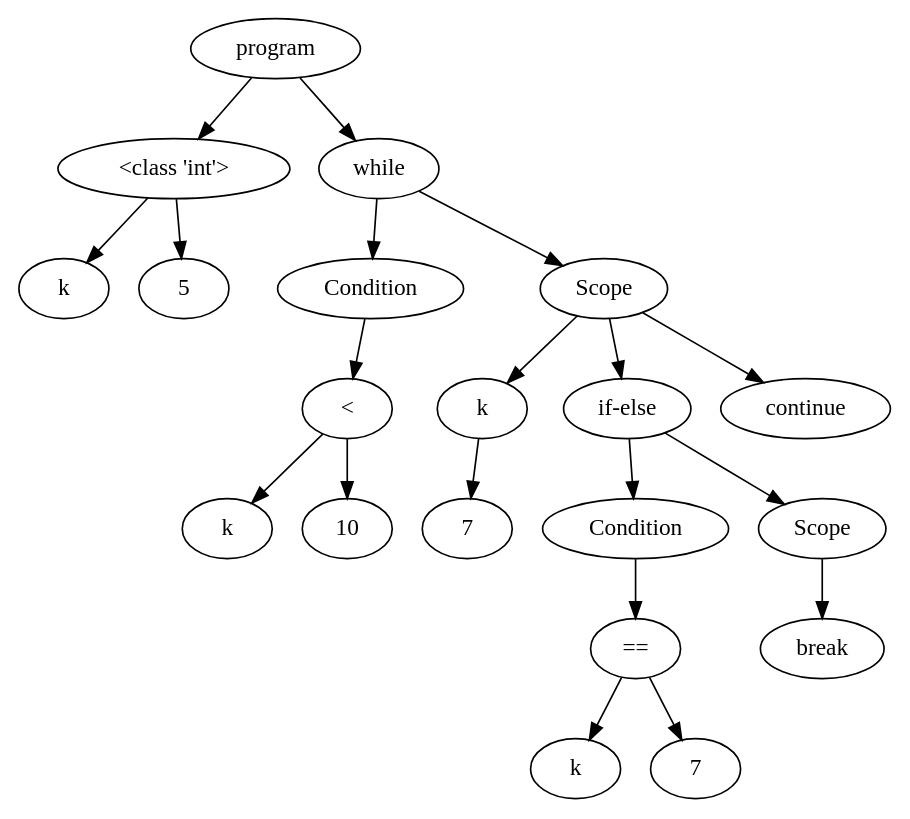
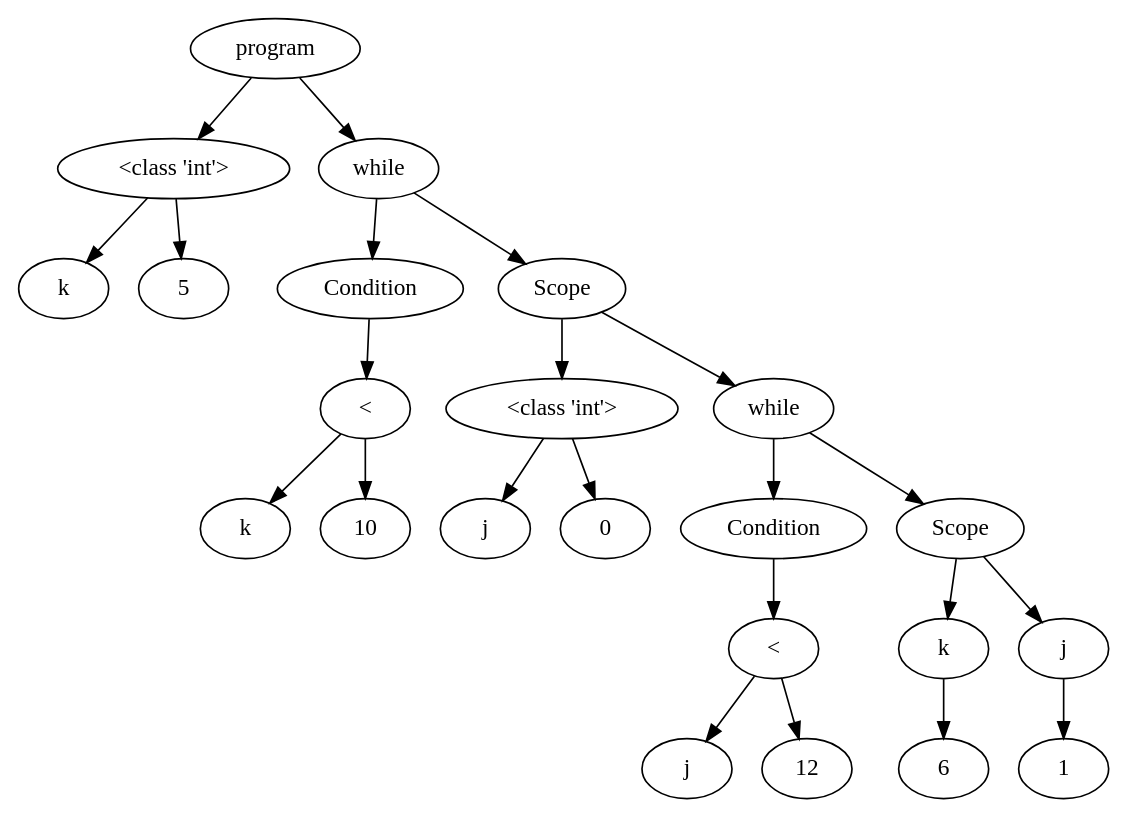
One commit to NielsVandenBroeck/COMP_Compiler changed the diagram in OutputFiles/dotVisualization.dot. Above: the diagram before and after it, drawn with Graphviz. The commit also changed 2 other files, not shown here.

```diff
--- a/OutputFiles/dotVisualization.dot
+++ b/OutputFiles/dotVisualization.dot
@@ -1,51 +1,59 @@
 digraph G { 
-"<AST.AST object at 0x0000025498C12F10> (0)"[label="program"]
-"<AST.ASTDataType object at 0x0000025498C12E50> (1)"[label="<class 'int'>"]
-"<AST.AST object at 0x0000025498C12F10> (0)"->"<AST.ASTDataType object at 0x0000025498C12E50> (1)"
-"<AST.ASTDataType object at 0x0000025498C12E50> (1)"[label="<class 'int'>"]
-"<AST.ASTVariable object at 0x0000025498C12E20> (2)"[label="k"]
-"<AST.ASTDataType object at 0x0000025498C12E50> (1)"->"<AST.ASTVariable object at 0x0000025498C12E20> (2)"
-"<AST.AST object at 0x0000025498C12C40> (2)"[label="5"]
-"<AST.ASTDataType object at 0x0000025498C12E50> (1)"->"<AST.AST object at 0x0000025498C12C40> (2)"
-"<AST.ASTWhile object at 0x0000025498C12B20> (1)"[label="while"]
-"<AST.AST object at 0x0000025498C12F10> (0)"->"<AST.ASTWhile object at 0x0000025498C12B20> (1)"
-"<AST.ASTWhile object at 0x0000025498C12B20> (1)"[label="while"]
-"<AST.ASTCondition object at 0x0000025498C12BE0> (2)"[label="Condition"]
-"<AST.ASTWhile object at 0x0000025498C12B20> (1)"->"<AST.ASTCondition object at 0x0000025498C12BE0> (2)"
-"<AST.ASTCondition object at 0x0000025498C12BE0> (2)"[label="Condition"]
-"<AST.ASTOperator object at 0x0000025498C12A30> (3)"[label="<"]
-"<AST.ASTCondition object at 0x0000025498C12BE0> (2)"->"<AST.ASTOperator object at 0x0000025498C12A30> (3)"
-"<AST.ASTOperator object at 0x0000025498C12A30> (3)"[label="<"]
-"<AST.ASTVariable object at 0x0000025498C12A90> (4)"[label="k"]
-"<AST.ASTOperator object at 0x0000025498C12A30> (3)"->"<AST.ASTVariable object at 0x0000025498C12A90> (4)"
-"<AST.AST object at 0x0000025498C12AC0> (4)"[label="10"]
-"<AST.ASTOperator object at 0x0000025498C12A30> (3)"->"<AST.AST object at 0x0000025498C12AC0> (4)"
-"<AST.ASTScope object at 0x0000025498C12A60> (2)"[label="Scope"]
-"<AST.ASTWhile object at 0x0000025498C12B20> (1)"->"<AST.ASTScope object at 0x0000025498C12A60> (2)"
-"<AST.ASTScope object at 0x0000025498C12A60> (2)"[label="Scope"]
-"<AST.ASTVariable object at 0x0000025498C12C10> (3)"[label="k"]
-"<AST.ASTScope object at 0x0000025498C12A60> (2)"->"<AST.ASTVariable object at 0x0000025498C12C10> (3)"
-"<AST.ASTVariable object at 0x0000025498C12C10> (3)"[label="k"]
-"<AST.AST object at 0x0000025498C127F0> (4)"[label="7"]
-"<AST.ASTVariable object at 0x0000025498C12C10> (3)"->"<AST.AST object at 0x0000025498C127F0> (4)"
-"<AST.AST object at 0x0000025498C12760> (3)"[label="if-else"]
-"<AST.ASTScope object at 0x0000025498C12A60> (2)"->"<AST.AST object at 0x0000025498C12760> (3)"
-"<AST.AST object at 0x0000025498C12760> (3)"[label="if-else"]
-"<AST.AST object at 0x0000025498C126D0> (4)"[label="Condition"]
-"<AST.AST object at 0x0000025498C12760> (3)"->"<AST.AST object at 0x0000025498C126D0> (4)"
-"<AST.AST object at 0x0000025498C126D0> (4)"[label="Condition"]
-"<AST.ASTOperator object at 0x0000025498C12820> (5)"[label="=="]
-"<AST.AST object at 0x0000025498C126D0> (4)"->"<AST.ASTOperator object at 0x0000025498C12820> (5)"
-"<AST.ASTOperator object at 0x0000025498C12820> (5)"[label="=="]
-"<AST.ASTVariable object at 0x0000025498C12670> (6)"[label="k"]
-"<AST.ASTOperator object at 0x0000025498C12820> (5)"->"<AST.ASTVariable object at 0x0000025498C12670> (6)"
-"<AST.AST object at 0x0000025498C12700> (6)"[label="7"]
-"<AST.ASTOperator object at 0x0000025498C12820> (5)"->"<AST.AST object at 0x0000025498C12700> (6)"
-"<AST.ASTScope object at 0x0000025498C129D0> (4)"[label="Scope"]
-"<AST.AST object at 0x0000025498C12760> (3)"->"<AST.ASTScope object at 0x0000025498C129D0> (4)"
-"<AST.ASTScope object at 0x0000025498C129D0> (4)"[label="Scope"]
-"<AST.ASTOneTokenStatement object at 0x0000025498C122B0> (5)"[label="break"]
-"<AST.ASTScope object at 0x0000025498C129D0> (4)"->"<AST.ASTOneTokenStatement object at 0x0000025498C122B0> (5)"
-"<AST.ASTOneTokenStatement object at 0x0000025498C124F0> (3)"[label="continue"]
-"<AST.ASTScope object at 0x0000025498C12A60> (2)"->"<AST.ASTOneTokenStatement object at 0x0000025498C124F0> (3)"
+"<AST.AST object at 0x0000021DBFD01C70> (0)"[label="program"]
+"<AST.ASTDataType object at 0x0000021DBFD019A0> (1)"[label="<class 'int'>"]
+"<AST.AST object at 0x0000021DBFD01C70> (0)"->"<AST.ASTDataType object at 0x0000021DBFD019A0> (1)"
+"<AST.ASTDataType object at 0x0000021DBFD019A0> (1)"[label="<class 'int'>"]
+"<AST.ASTVariable object at 0x0000021DBFD01D90> (2)"[label="k"]
+"<AST.ASTDataType object at 0x0000021DBFD019A0> (1)"->"<AST.ASTVariable object at 0x0000021DBFD01D90> (2)"
+"<AST.AST object at 0x0000021DBFD01430> (2)"[label="5"]
+"<AST.ASTDataType object at 0x0000021DBFD019A0> (1)"->"<AST.AST object at 0x0000021DBFD01430> (2)"
+"<AST.ASTWhile object at 0x0000021DBFD01850> (1)"[label="while"]
+"<AST.AST object at 0x0000021DBFD01C70> (0)"->"<AST.ASTWhile object at 0x0000021DBFD01850> (1)"
+"<AST.ASTWhile object at 0x0000021DBFD01850> (1)"[label="while"]
+"<AST.ASTCondition object at 0x0000021DBFD01310> (2)"[label="Condition"]
+"<AST.ASTWhile object at 0x0000021DBFD01850> (1)"->"<AST.ASTCondition object at 0x0000021DBFD01310> (2)"
+"<AST.ASTCondition object at 0x0000021DBFD01310> (2)"[label="Condition"]
+"<AST.ASTOperator object at 0x0000021DBFD01880> (3)"[label="<"]
+"<AST.ASTCondition object at 0x0000021DBFD01310> (2)"->"<AST.ASTOperator object at 0x0000021DBFD01880> (3)"
+"<AST.ASTOperator object at 0x0000021DBFD01880> (3)"[label="<"]
+"<AST.ASTVariable object at 0x0000021DBFD01DC0> (4)"[label="k"]
+"<AST.ASTOperator object at 0x0000021DBFD01880> (3)"->"<AST.ASTVariable object at 0x0000021DBFD01DC0> (4)"
+"<AST.AST object at 0x0000021DBFD01EB0> (4)"[label="10"]
+"<AST.ASTOperator object at 0x0000021DBFD01880> (3)"->"<AST.AST object at 0x0000021DBFD01EB0> (4)"
+"<AST.ASTScope object at 0x0000021DBFD01C40> (2)"[label="Scope"]
+"<AST.ASTWhile object at 0x0000021DBFD01850> (1)"->"<AST.ASTScope object at 0x0000021DBFD01C40> (2)"
+"<AST.ASTScope object at 0x0000021DBFD01C40> (2)"[label="Scope"]
+"<AST.ASTDataType object at 0x0000021DBFD01D30> (3)"[label="<class 'int'>"]
+"<AST.ASTScope object at 0x0000021DBFD01C40> (2)"->"<AST.ASTDataType object at 0x0000021DBFD01D30> (3)"
+"<AST.ASTDataType object at 0x0000021DBFD01D30> (3)"[label="<class 'int'>"]
+"<AST.ASTVariable object at 0x0000021DBFD01E80> (4)"[label="j"]
+"<AST.ASTDataType object at 0x0000021DBFD01D30> (3)"->"<AST.ASTVariable object at 0x0000021DBFD01E80> (4)"
+"<AST.AST object at 0x0000021DBFD01940> (4)"[label="0"]
+"<AST.ASTDataType object at 0x0000021DBFD01D30> (3)"->"<AST.AST object at 0x0000021DBFD01940> (4)"
+"<AST.ASTWhile object at 0x0000021DBFD01CA0> (3)"[label="while"]
+"<AST.ASTScope object at 0x0000021DBFD01C40> (2)"->"<AST.ASTWhile object at 0x0000021DBFD01CA0> (3)"
+"<AST.ASTWhile object at 0x0000021DBFD01CA0> (3)"[label="while"]
+"<AST.ASTCondition object at 0x0000021DBFD01F70> (4)"[label="Condition"]
+"<AST.ASTWhile object at 0x0000021DBFD01CA0> (3)"->"<AST.ASTCondition object at 0x0000021DBFD01F70> (4)"
+"<AST.ASTCondition object at 0x0000021DBFD01F70> (4)"[label="Condition"]
+"<AST.ASTOperator object at 0x0000021DBFD01EE0> (5)"[label="<"]
+"<AST.ASTCondition object at 0x0000021DBFD01F70> (4)"->"<AST.ASTOperator object at 0x0000021DBFD01EE0> (5)"
+"<AST.ASTOperator object at 0x0000021DBFD01EE0> (5)"[label="<"]
+"<AST.ASTVariable object at 0x0000021DBFD01FD0> (6)"[label="j"]
+"<AST.ASTOperator object at 0x0000021DBFD01EE0> (5)"->"<AST.ASTVariable object at 0x0000021DBFD01FD0> (6)"
+"<AST.AST object at 0x0000021DBFD01DF0> (6)"[label="12"]
+"<AST.ASTOperator object at 0x0000021DBFD01EE0> (5)"->"<AST.AST object at 0x0000021DBFD01DF0> (6)"
+"<AST.ASTScope object at 0x0000021DBFD01A30> (4)"[label="Scope"]
+"<AST.ASTWhile object at 0x0000021DBFD01CA0> (3)"->"<AST.ASTScope object at 0x0000021DBFD01A30> (4)"
+"<AST.ASTScope object at 0x0000021DBFD01A30> (4)"[label="Scope"]
+"<AST.ASTVariable object at 0x0000021DBFD010A0> (5)"[label="k"]
+"<AST.ASTScope object at 0x0000021DBFD01A30> (4)"->"<AST.ASTVariable object at 0x0000021DBFD010A0> (5)"
+"<AST.ASTVariable object at 0x0000021DBFD010A0> (5)"[label="k"]
+"<AST.AST object at 0x0000021DBFD010D0> (6)"[label="6"]
+"<AST.ASTVariable object at 0x0000021DBFD010A0> (5)"->"<AST.AST object at 0x0000021DBFD010D0> (6)"
+"<AST.ASTVariable object at 0x0000021DBFD070A0> (5)"[label="j"]
+"<AST.ASTScope object at 0x0000021DBFD01A30> (4)"->"<AST.ASTVariable object at 0x0000021DBFD070A0> (5)"
+"<AST.ASTVariable object at 0x0000021DBFD070A0> (5)"[label="j"]
+"<AST.AST object at 0x0000021DBFD07040> (6)"[label="1"]
+"<AST.ASTVariable object at 0x0000021DBFD070A0> (5)"->"<AST.AST object at 0x0000021DBFD07040> (6)"
 }
```
